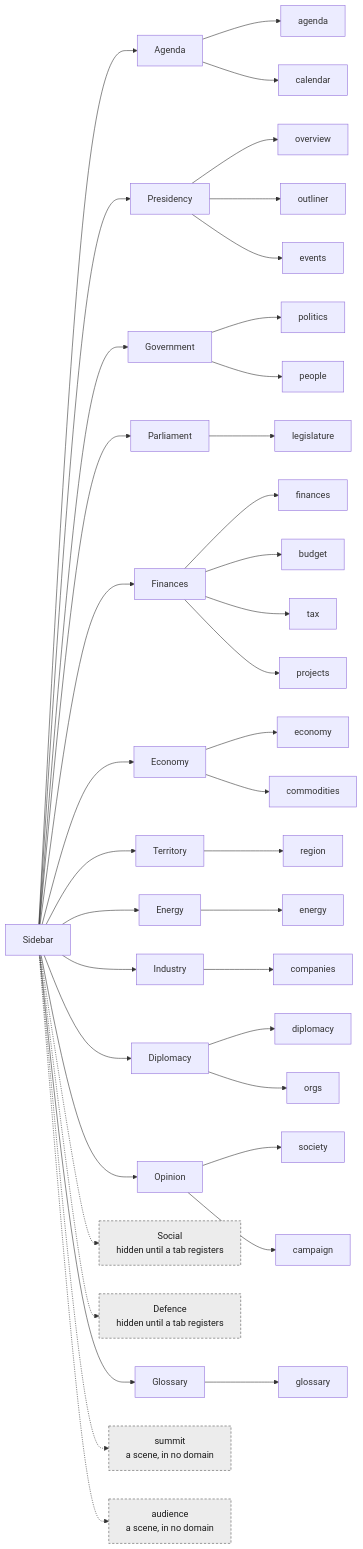
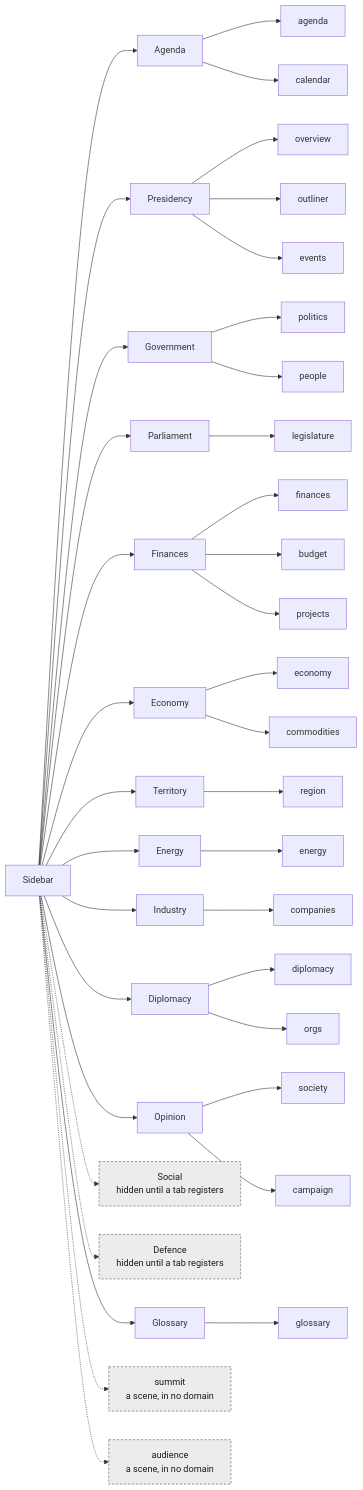
Before and after one commit to powerbassist/World-simulator: the diagram in docs/shell.md, drawn with Mermaid. The commit also changed 22 other files, not shown here.

Commit message:
feat(finances): the Tax Code tab retires into the Books rows; goal Go opens the row; prose ceiling down (slice 2, 3/n)

````diff
--- a/docs/shell.md
+++ b/docs/shell.md
@@ -25,43 +25,42 @@
 ```mermaid
 flowchart LR
   sb["Sidebar"]
   sb --> d_agenda["Agenda"]
   d_agenda --> t_agenda["agenda"]
   d_agenda --> t_calendar["calendar"]
   sb --> d_presidency["Presidency"]
   d_presidency --> t_overview["overview"]
   d_presidency --> t_outliner["outliner"]
   d_presidency --> t_events["events"]
   sb --> d_government["Government"]
   d_government --> t_politics["politics"]
   d_government --> t_people["people"]
   sb --> d_parliament["Parliament"]
   d_parliament --> t_legislature["legislature"]
   sb --> d_finances["Finances"]
   d_finances --> t_finances["finances"]
   d_finances --> t_budget["budget"]
-  d_finances --> t_tax["tax"]
   d_finances --> t_projects["projects"]
   sb --> d_economy["Economy"]
   d_economy --> t_economy["economy"]
   d_economy --> t_commodities["commodities"]
   sb --> d_territory["Territory"]
   d_territory --> t_region["region"]
   sb --> d_energy["Energy"]
   d_energy --> t_energy["energy"]
   sb --> d_industry["Industry"]
   d_industry --> t_companies["companies"]
   sb --> d_diplomacy["Diplomacy"]
   d_diplomacy --> t_diplomacy["diplomacy"]
   d_diplomacy --> t_orgs["orgs"]
   sb --> d_opinion["Opinion"]
   d_opinion --> t_society["society"]
   d_opinion --> t_campaign["campaign"]
   sb -.-> d_social["Social<br/>hidden until a tab registers"]:::hidden
   sb -.-> d_defence["Defence<br/>hidden until a tab registers"]:::hidden
   sb --> d_glossary["Glossary"]
   d_glossary --> t_glossary["glossary"]
   sb -.-> s_summit["summit<br/>a scene, in no domain"]:::hidden
   sb -.-> s_audience["audience<br/>a scene, in no domain"]:::hidden
   classDef hidden stroke-dasharray:4 3,fill:#ececec,stroke:#555,color:#1a1a1a
 ```
````
